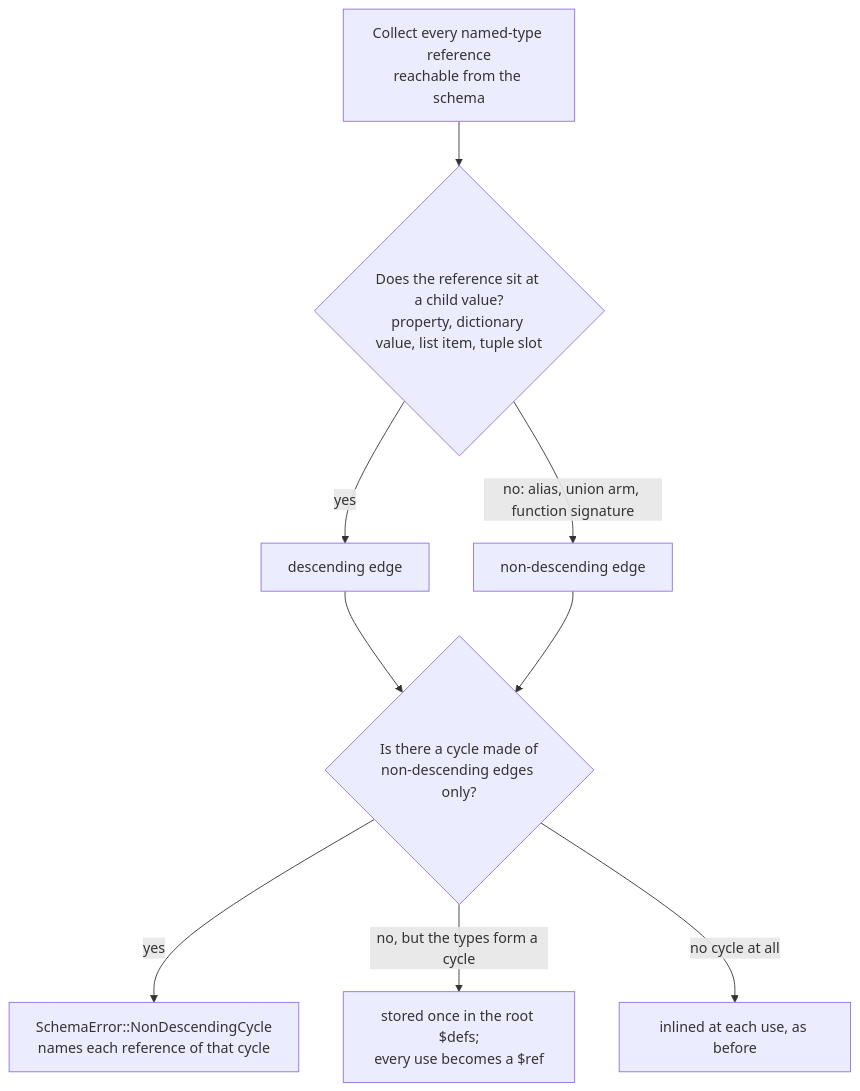
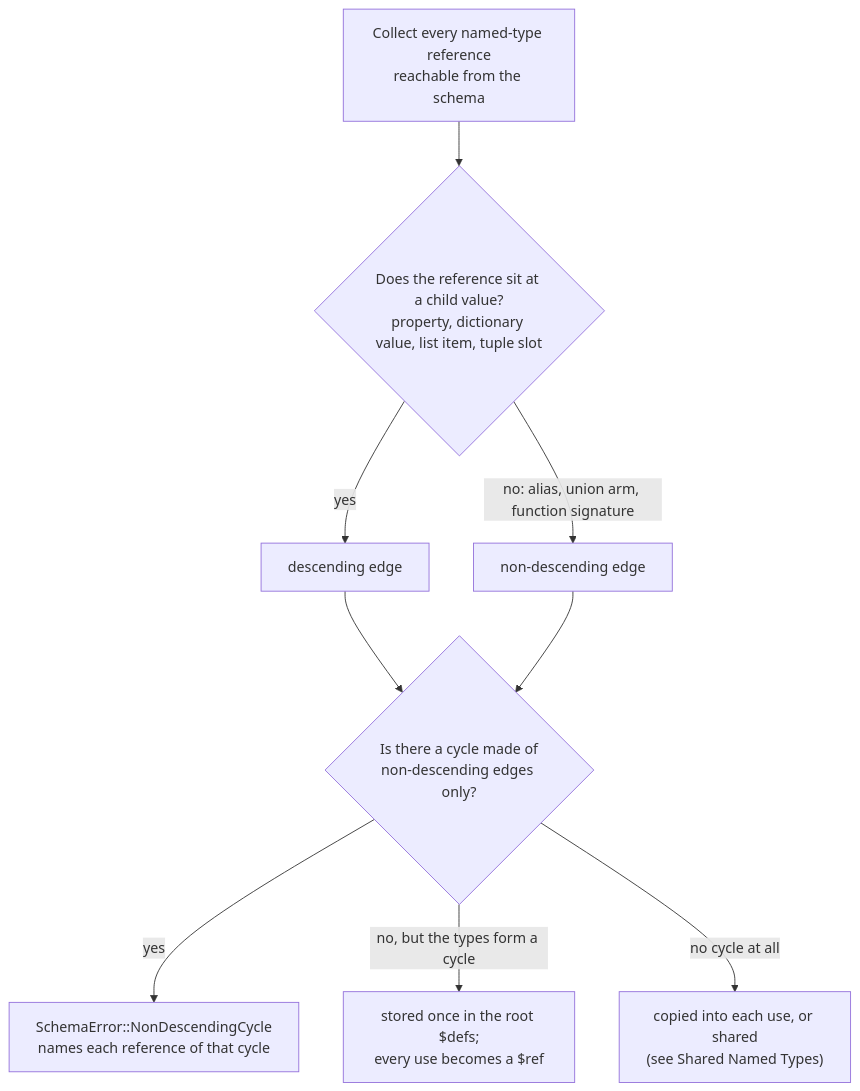
Before and after one commit to yankeeinlondon/rusty-biscuit: the second of 11 diagrams in darkmatter/docs/topics/schemas/definition.md, drawn with Mermaid. The commit also changed other lines of this file and 6 other files, not shown here.

First line of the commit message:
docs(darkmatter): document shared named schema types

````diff
--- a/darkmatter/docs/topics/schemas/definition.md
+++ b/darkmatter/docs/topics/schemas/definition.md
@@ -1690,11 +1695,11 @@
 ```mermaid
 flowchart TD
     A["Collect every named-type reference<br/>reachable from the schema"] --> B{"Does the reference sit at a child value?<br/>property, dictionary value, list item, tuple slot"}
     B -->|yes| D[descending edge]
     B -->|"no: alias, union arm, function signature"| N[non-descending edge]
     D --> C{"Is there a cycle made of<br/>non-descending edges only?"}
     N --> C
     C -->|yes| E["SchemaError::NonDescendingCycle<br/>names each reference of that cycle"]
     C -->|"no, but the types form a cycle"| R["stored once in the root $defs;<br/>every use becomes a $ref"]
-    C -->|no cycle at all| I[inlined at each use, as before]
+    C -->|no cycle at all| I["copied into each use, or shared<br/>(see Shared Named Types)"]
 ```
````
